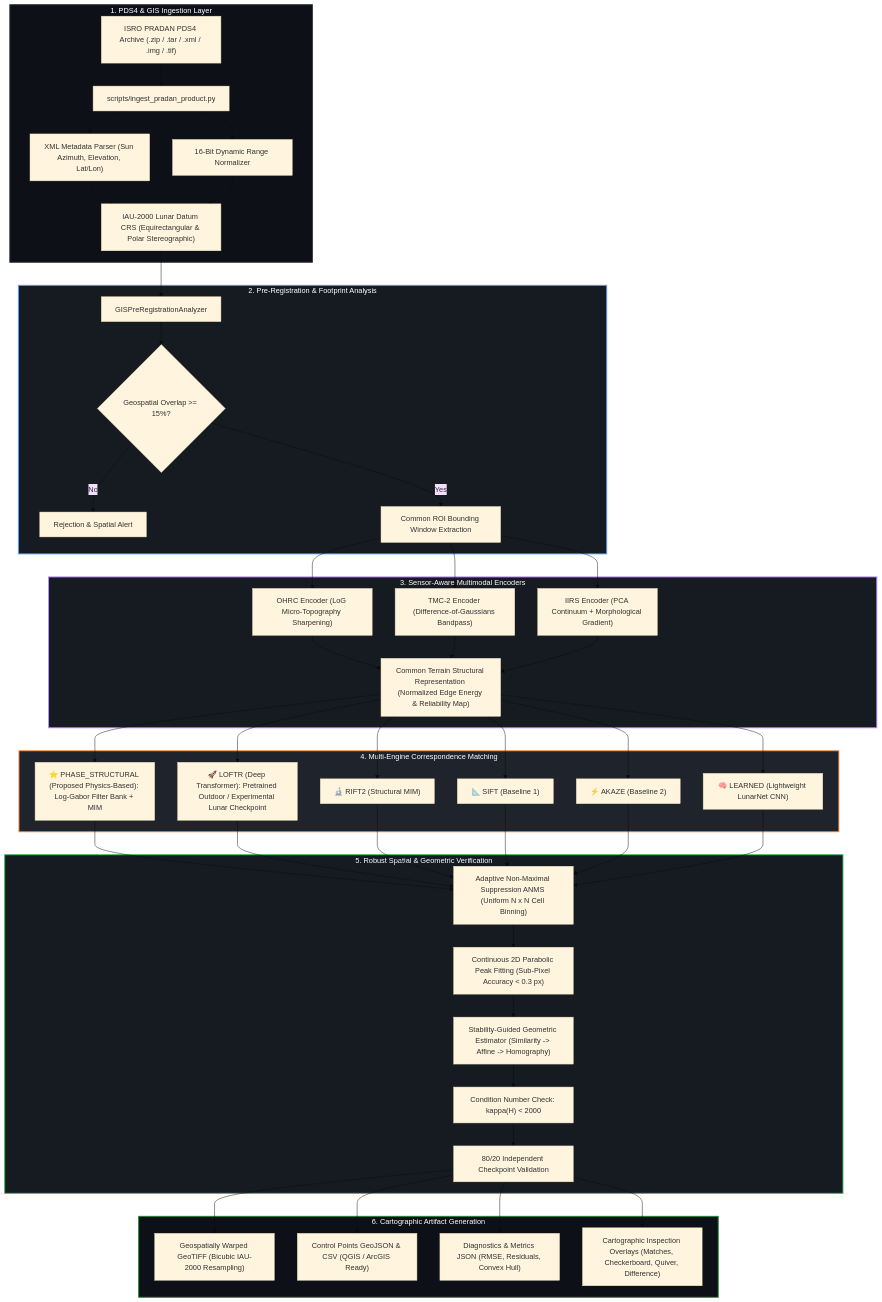
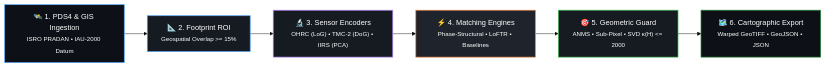
Before and after one commit to Myparadox-creator/LunarRegX: the diagram in README.md, drawn with Mermaid (base theme). The commit also changed other lines of this file, not shown here.

Commit message:
docs(readme): streamline system architecture and remove UI workflow section

````diff
--- a/README.md
+++ b/README.md
@@ -55,54 +55,11 @@
 ```mermaid
-flowchart TD
-    subgraph INGESTION ["1. PDS4 & GIS Ingestion Layer"]
-        A["ISRO PRADAN PDS4 Archive (.zip / .tar / .xml / .img / .tif)"] --> B["scripts/ingest_pradan_product.py"]
-        B --> C["XML Metadata Parser (Sun Azimuth, Elevation, Lat/Lon)"]
-        B --> D["16-Bit Dynamic Range Normalizer"]
-        C & D --> E["IAU-2000 Lunar Datum CRS (Equirectangular & Polar Stereographic)"]
-    end
+flowchart LR
+    A["🛰️ 1. PDS4 & GIS Ingestion<br><small>ISRO PRADAN • IAU-2000 Datum</small>"] --> B["📐 2. Footprint ROI<br><small>Geospatial Overlap >= 15%</small>"] --> C["🔬 3. Sensor Encoders<br><small>OHRC (LoG) • TMC-2 (DoG) • IIRS (PCA)</small>"] --> D["⚡ 4. Matching Engines<br><small>Phase-Structural • LoFTR • Baselines</small>"] --> E["🎯 5. Geometric Guard<br><small>ANMS • Sub-Pixel • SVD κ(H) <= 2000</small>"] --> F["🗺️ 6. Cartographic Export<br><small>Warped GeoTIFF • GeoJSON • JSON</small>"]
 
-    subgraph PRE_REG ["2. Pre-Registration & Footprint Analysis"]
-        E --> F["GISPreRegistrationAnalyzer"]
-        F --> G{"Geospatial Overlap >= 15%?"}
-        G -- No --> H["Rejection & Spatial Alert"]
-        G -- Yes --> I["Common ROI Bounding Window Extraction"]
-    end
-
-    subgraph MULTIMODAL ["3. Sensor-Aware Multimodal Encoders"]
-        I --> J1["OHRC Encoder (LoG Micro-Topography Sharpening)"]
-        I --> J2["TMC-2 Encoder (Difference-of-Gaussians Bandpass)"]
-        I --> J3["IIRS Encoder (PCA Continuum + Morphological Gradient)"]
-        J1 & J2 & J3 --> K["Common Terrain Structural Representation (Normalized Edge Energy & Reliability Map)"]
-    end
-
-    subgraph CORRESPONDENCE ["4. Multi-Engine Correspondence Matching"]
-        K --> L1["⭐ PHASE_STRUCTURAL (Proposed Physics-Based): Log-Gabor Filter Bank + MIM"]
-        K --> L2["🚀 LOFTR (Deep Transformer): Pretrained Outdoor / Experimental Lunar Checkpoint"]
-        K --> L3["🔬 RIFT2 (Structural MIM)"]
-        K --> L4["📐 SIFT (Baseline 1)"]
-        K --> L5["⚡ AKAZE (Baseline 2)"]
-        K --> L6["🧠 LEARNED (Lightweight LunarNet CNN)"]
-    end
-
-    subgraph GEOMETRY ["5. Robust Spatial & Geometric Verification"]
-        L1 & L2 & L3 & L4 & L5 & L6 --> M["Adaptive Non-Maximal Suppression ANMS (Uniform N x N Cell Binning)"]
-        M --> N["Continuous 2D Parabolic Peak Fitting (Sub-Pixel Accuracy < 0.3 px)"]
-        N --> O["Stability-Guided Geometric Estimator (Similarity -> Affine -> Homography)"]
-        O --> P["Condition Number Check: kappa(H) < 2000"]
-        P --> Q["80/20 Independent Checkpoint Validation"]
-    end
-
-    subgraph EXPORT ["6. Cartographic Artifact Generation"]
-        Q --> R1["Geospatially Warped GeoTIFF (Bicubic IAU-2000 Resampling)"]
-        Q --> R2["Control Points GeoJSON & CSV (QGIS / ArcGIS Ready)"]
-        Q --> R3["Diagnostics & Metrics JSON (RMSE, Residuals, Convex Hull)"]
-        Q --> R4["Cartographic Inspection Overlays (Matches, Checkerboard, Quiver, Difference)"]
-    end
-
-    style INGESTION fill:#0d1117,stroke:#30363d,stroke-width:2px,color:#fff
-    style PRE_REG fill:#161b22,stroke:#58a6ff,stroke-width:2px,color:#fff
-    style MULTIMODAL fill:#161b22,stroke:#bc8cff,stroke-width:2px,color:#fff
-    style CORRESPONDENCE fill:#1f242c,stroke:#f0883e,stroke-width:2px,color:#fff
-    style GEOMETRY fill:#161b22,stroke:#3fb950,stroke-width:2px,color:#fff
-    style EXPORT fill:#0d1117,stroke:#238636,stroke-width:2px,color:#fff
+    style A fill:#0d1117,stroke:#58a6ff,stroke-width:1.5px,color:#fff
+    style B fill:#161b22,stroke:#58a6ff,stroke-width:1.5px,color:#fff
+    style C fill:#161b22,stroke:#bc8cff,stroke-width:1.5px,color:#fff
+    style D fill:#1f242c,stroke:#f0883e,stroke-width:1.5px,color:#fff
+    style E fill:#161b22,stroke:#3fb950,stroke-width:1.5px,color:#fff
+    style F fill:#0d1117,stroke:#238636,stroke-width:1.5px,color:#fff
 ```
````
